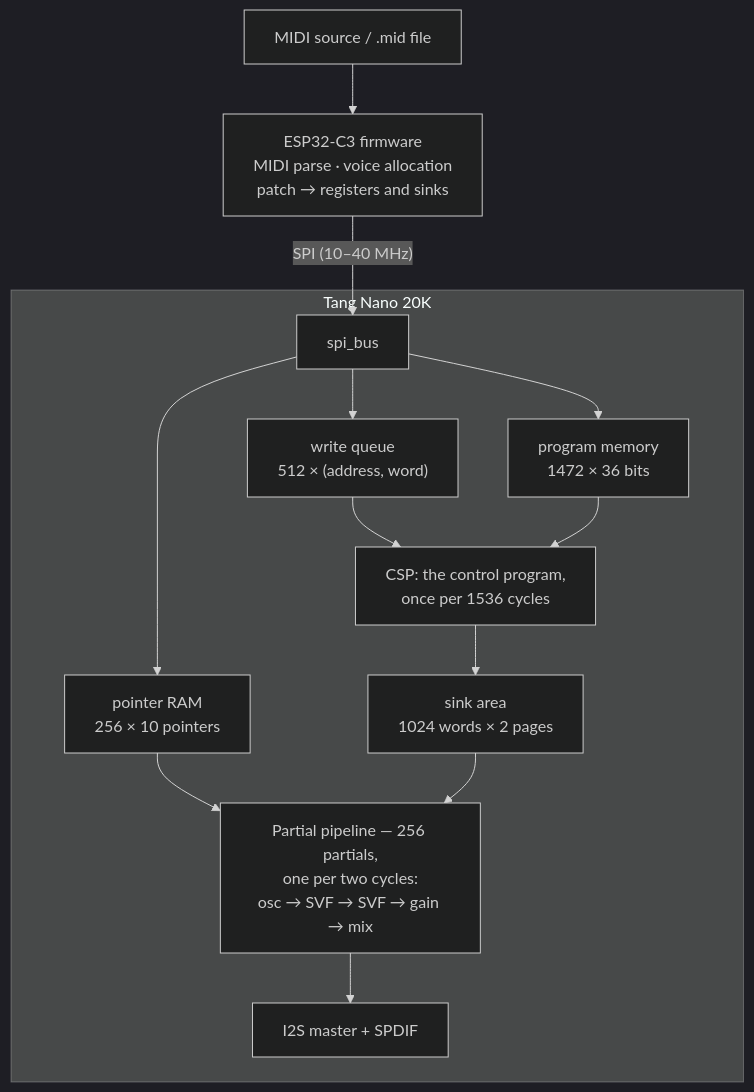
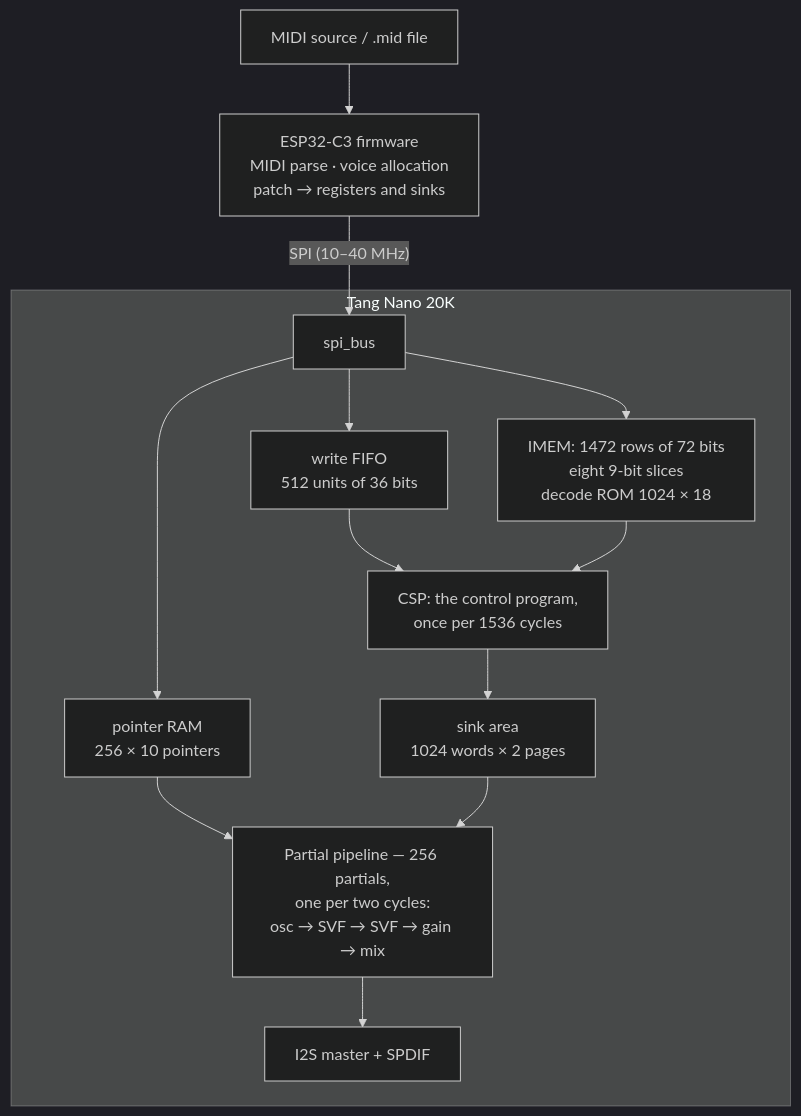
One commit to Thorwegian/noaidi-fpga-synth changed the diagram in docs/memory_map.md. Above: the diagram before and after it, drawn with Mermaid (dark theme). The commit also changed other lines of this file and 1 other file, not shown here.

````diff
--- a/docs/memory_map.md
+++ b/docs/memory_map.md
@@ -38,16 +38,16 @@
 ```mermaid
 flowchart TD
     MIDI["MIDI source / .mid file"] --> ESP["ESP32-C3 firmware<br/>MIDI parse · voice allocation<br/>patch → registers and sinks"]
     ESP -- "SPI (10–40 MHz)" --> BUS["spi_bus"]
     subgraph FG["Tang Nano 20K"]
-        BUS --> Q["write queue<br/>512 × (address, word)"]
-        BUS --> PGM["program memory<br/>1472 × 36 bits"]
+        BUS --> Q["write FIFO<br/>512 units of 36 bits"]
+        BUS --> PGM["IMEM: 1472 rows of 72 bits<br/>eight 9-bit slices<br/>decode ROM 1024 × 18"]
         BUS --> PTR["pointer RAM<br/>256 × 10 pointers"]
         Q --> CSP["CSP: the control program,<br/>once per 1536 cycles"]
         PGM --> CSP
         CSP --> SINKS["sink area<br/>1024 words × 2 pages"]
         PTR --> PIPE["Partial pipeline — 256 partials,<br/>one per two cycles:<br/>osc → SVF → SVF → gain → mix"]
         SINKS --> PIPE
         PIPE --> OUT["I2S master + SPDIF"]
     end
 ```
````
